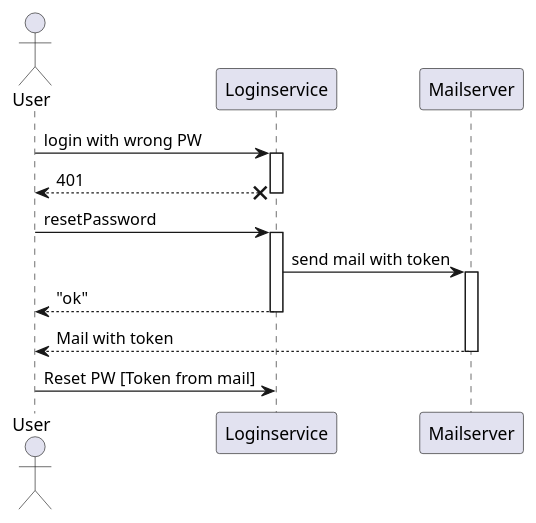
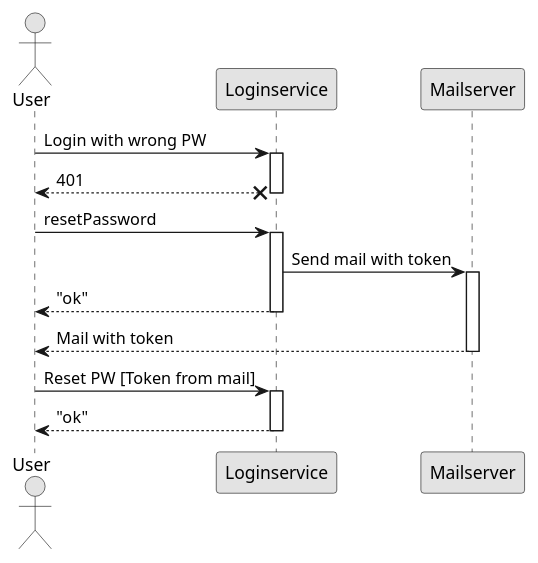
The second of 3 diagrams in README.org (phuhl/apparts-login-server), drawn with PlantUML before and after one commit. The commit also changed other lines of this file and 3 other files, not shown here.

```diff
--- a/README.org
+++ b/README.org
@@ -340,19 +353,26 @@
 #+BEGIN_SRC plantuml :file resetpw.png :exports results
 actor User
+skinparam roundcorner 5
+skinparam monochrome true
+skinparam shadowing false
 
-User -> Loginservice : login with wrong PW
+User -> Loginservice : Login with wrong PW
 activate Loginservice
 User <--x Loginservice : 401
 deactivate Loginservice
 
 User -> Loginservice : resetPassword
 activate Loginservice
-Loginservice -> Mailserver : send mail with token
+Loginservice -> Mailserver : Send mail with token
 activate Mailserver
 User <-- Loginservice : "ok"
 deactivate Loginservice
 User <-- Mailserver : Mail with token
 deactivate Mailserver
 
 User -> Loginservice : Reset PW [Token from mail]
+activate Loginservice
+User <-- Loginservice : "ok"
+deactivate Loginservice
+
 #+END_SRC
```
